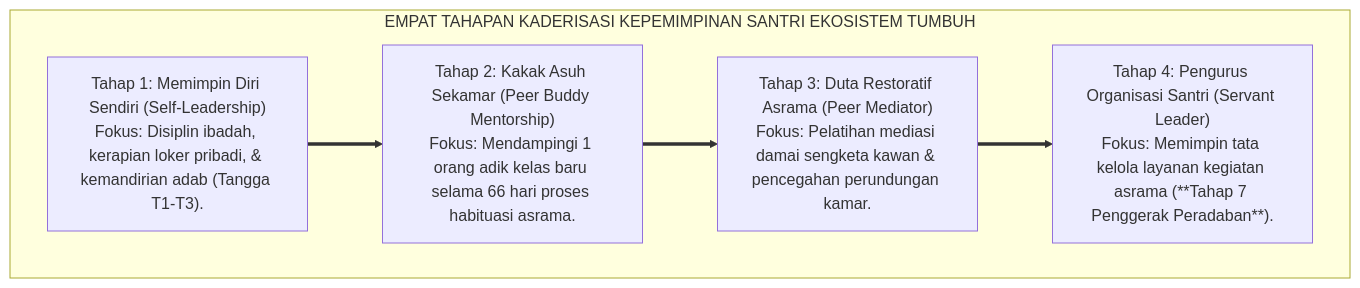
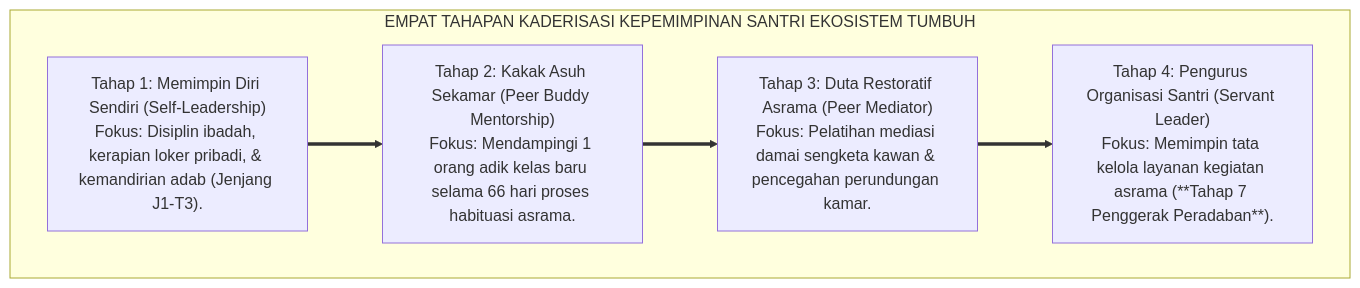
One commit to wandiapriliyandi/tumbuh changed the fourth of 4 diagrams in BOOK-SERIES/Volume-01/Bab-04-Kritik-Feodalisme-dan-Distorsi-Tawadhu/04-Model-Servant-Qudwah-Leadership.md. Above: the diagram before and after it, drawn with Mermaid. The commit also changed 209 other files, not shown here.

````diff
--- a/BOOK-SERIES/Volume-01/Bab-04-Kritik-Feodalisme-dan-Distorsi-Tawadhu/04-Model-Servant-Qudwah-Leadership.md
+++ b/BOOK-SERIES/Volume-01/Bab-04-Kritik-Feodalisme-dan-Distorsi-Tawadhu/04-Model-Servant-Qudwah-Leadership.md
@@ -92,14 +92,14 @@
 ```mermaid
 graph TD
     subgraph KaderisasiTUMBUH["EMPAT TAHAPAN KADERISASI KEPEMIMPINAN SANTRI EKOSISTEM TUMBUH"]
-        K1["Tahap 1: Memimpin Diri Sendiri (Self-Leadership)<br/>Fokus: Disiplin ibadah, kerapian loker pribadi, & kemandirian adab (Tangga T1-T3)."]
+        K1["Tahap 1: Memimpin Diri Sendiri (Self-Leadership)<br/>Fokus: Disiplin ibadah, kerapian loker pribadi, & kemandirian adab (Jenjang J1-T3)."]
         
         K2["Tahap 2: Kakak Asuh Sekamar (Peer Buddy Mentorship)<br/>Fokus: Mendampingi 1 orang adik kelas baru selama 66 hari proses habituasi asrama."]
         
         K3["Tahap 3: Duta Restoratif Asrama (Peer Mediator)<br/>Fokus: Pelatihan mediasi damai sengketa kawan & pencegahan perundungan kamar."]
         
         K4["Tahap 4: Pengurus Organisasi Santri (Servant Leader)<br/>Fokus: Memimpin tata kelola layanan kegiatan asrama (**Tahap 7 Penggerak Peradaban**)."]
         
         K1 ==> K2 ==> K3 ==> K4
     end
 ```
````
